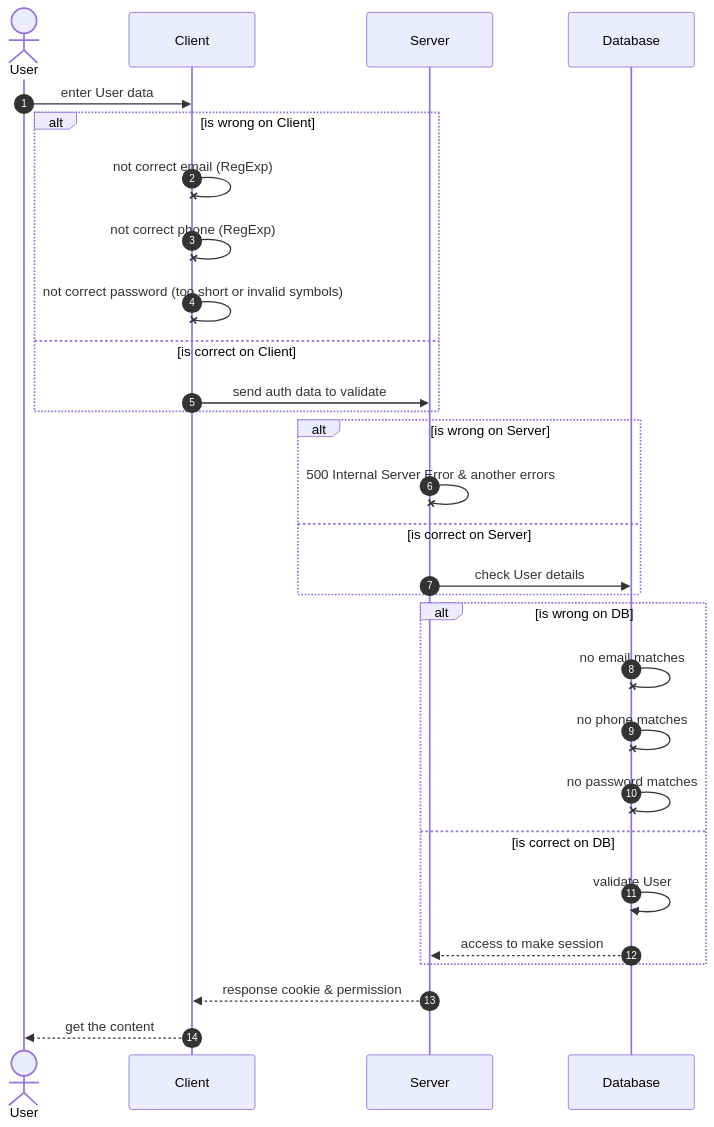
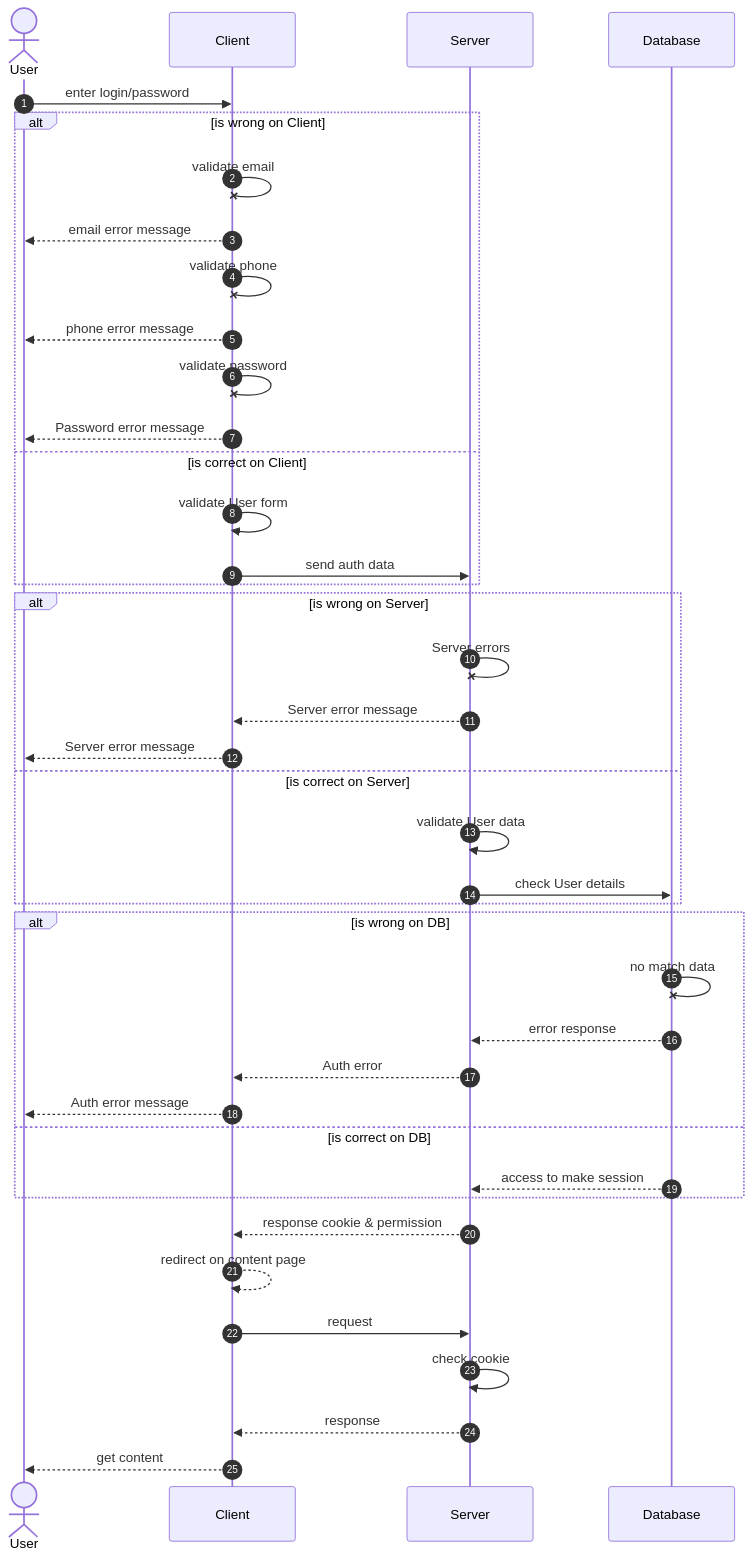
The diagram in alt_path.md (olegTheCoder/grachev_rmr_hw_server), drawn with Mermaid before and after one commit. The commit also changed 1 other file, not shown here.

Commit message:
rework both path

````diff
--- a/alt_path.md
+++ b/alt_path.md
@@ -1,31 +1,42 @@
 ```mermaid
     sequenceDiagram
       autonumber
         actor U as User
         participant C as Client
         participant S as Server
         participant DB as Database
-          U->>C: enter User data
+          U->>C: enter login/password
           alt is wrong on Client
-          C-xC: not correct email (RegExp)
-          C-xC: not correct phone (RegExp)
-          C-xC: not correct password (too short or invalid symbols)
+          C-xC: validate email
+          C-->>U: email error message
+          C-xC: validate phone
+          C-->>U: phone error message
+          C-xC: validate password
+          C-->>U: Password error message
           else is correct on Client
-          C->>S: send auth data to validate
+          C->>C: validate User form
+          C->>S: send auth data
           end
           alt is wrong on Server
-          S-xS: 500 Internal Server Error & another errors
+          S-xS: Server errors
+          S-->>C: Server error message
+          C-->>U: Server error message
           else is correct on Server
+          S->>S: validate User data
           S->>DB: check User details
           end
           alt is wrong on DB
-          DB-xDB: no email matches
-          DB-xDB: no phone matches
-          DB-xDB: no password matches
+          DB-xDB: no match data
+          DB-->>S: error response
+          S-->>C: Auth error 
+          C-->>U: Auth error message
           else is correct on DB
-          DB->>DB: validate User
           DB-->>S: access to make session
           end
           S-->>C: response cookie & permission
-          C-->>U: get the content
+          C-->>C: redirect on content page
+          C->>S: request
+          S->>S: check cookie
+          S-->>C: response
+          C-->> U: get content
 ```
````
